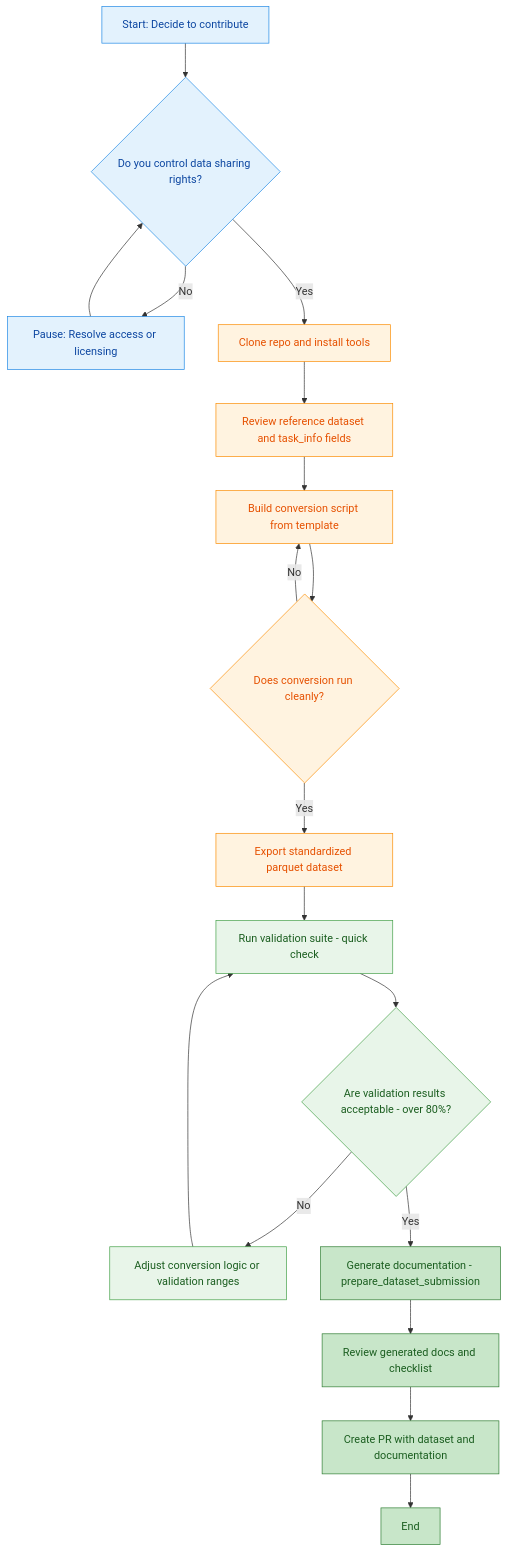
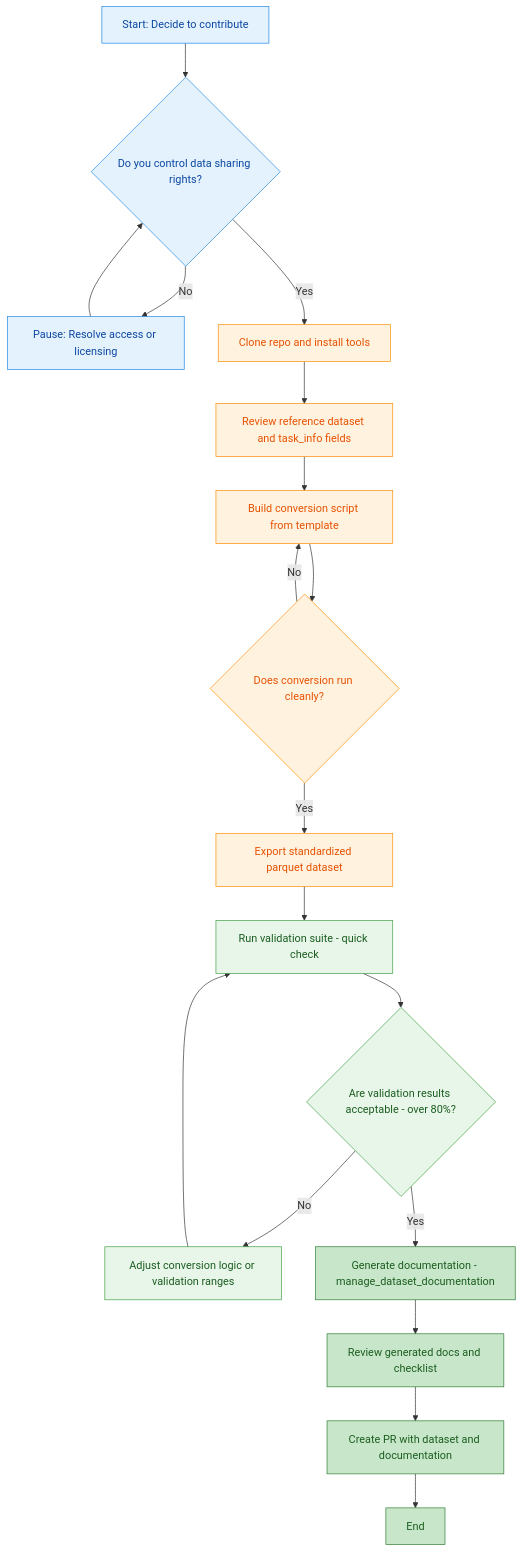
Before and after one commit to jmontp/LocoHub: the second of 4 diagrams in docs/contributing/index.md, drawn with Mermaid. The commit also changed other lines of this file and 89 other files, not shown here.

Commit message:
Rename dataset documentation CLI and add reset command

````diff
--- a/docs/contributing/index.md
+++ b/docs/contributing/index.md
@@ -32,40 +32,40 @@
 ```mermaid
 graph TD
     A[Start: Decide to contribute] --> B{Do you control data sharing rights?}
     B -->|No| Z[Pause: Resolve access or licensing]
     Z --> B
     B -->|Yes| C[Clone repo and install tools]
     C --> D[Review reference dataset and task_info fields]
     D --> E[Build conversion script from template]
     E --> F{Does conversion run cleanly?}
     F -->|No| E
     F -->|Yes| G[Export standardized parquet dataset]
     G --> H[Run validation suite - quick check]
     H --> I{Are validation results acceptable - over 80%?}
     I -->|No| J[Adjust conversion logic or validation ranges]
     J --> H
-    I -->|Yes| K[Generate documentation - prepare_dataset_submission]
+    I -->|Yes| K[Generate documentation - manage_dataset_documentation]
     K --> L[Review generated docs and checklist]
     L --> M[Create PR with dataset and documentation]
     M --> N[End]
 
     classDef intake fill:#e3f2fd,stroke:#1e88e5,color:#0d47a1
     classDef standard fill:#fff3e0,stroke:#fb8c00,color:#e65100
     classDef qa fill:#e8f5e9,stroke:#43a047,color:#1b5e20
     classDef share fill:#c8e6c9,stroke:#2e7d32,color:#1b5e20
 
     class A,B,Z intake
     class C,D,E,F,G standard
     class H,I,J qa
     class K,L,M,N share
 
     click C "https://github.com/jmontp/LocoHub" "Open the LocoHub repository" _blank
     click D "#step-1-convert-to-a-table" "Conversion quickstart"
     click E "#pattern-a-folder-based" "Conversion patterns"
     click G "#step-2-validate-pythoncli" "Validation workflow"
     click H "#quick-validation-check" "Run the quick validation check"
     click J "#interactive-tuner" "Tune validation ranges visually"
     click K "#step-3-generate-documentation" "Generate documentation"
     click L "#ready-to-submit" "Review submission checklist"
     click M "https://github.com/jmontp/LocoHub/pulls" "Open pull requests on GitHub" _blank
 ```
````
